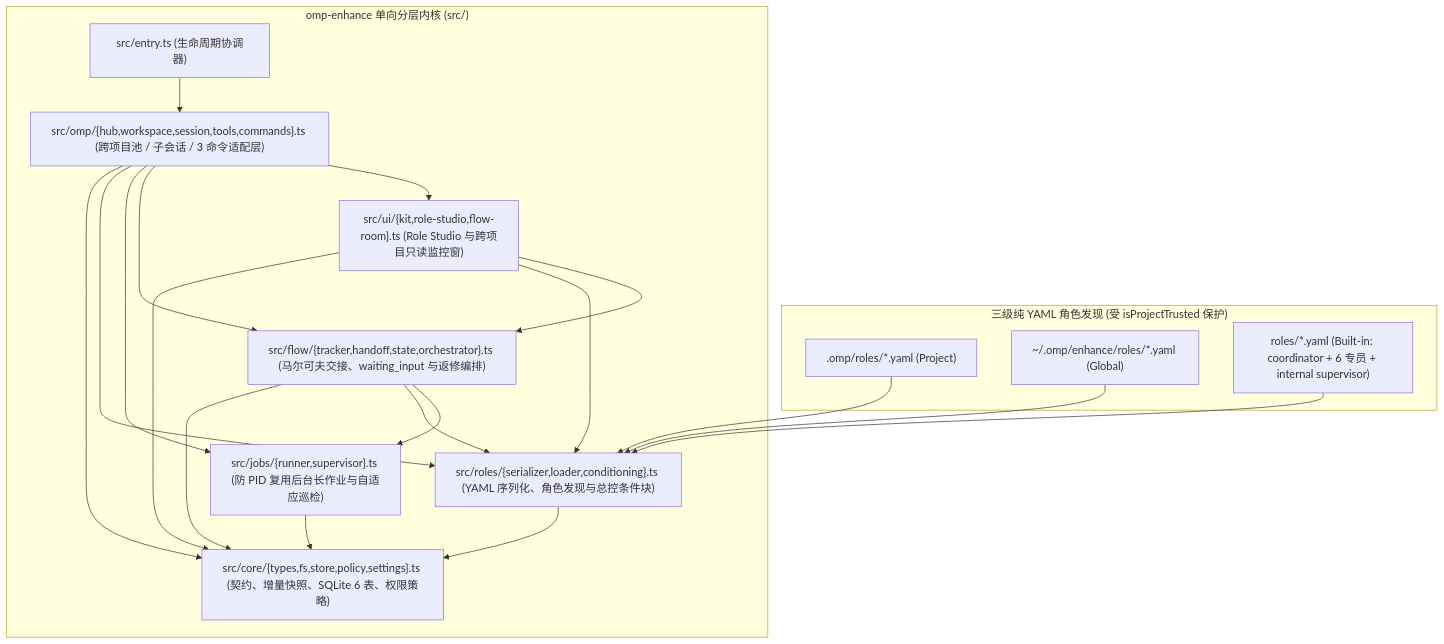
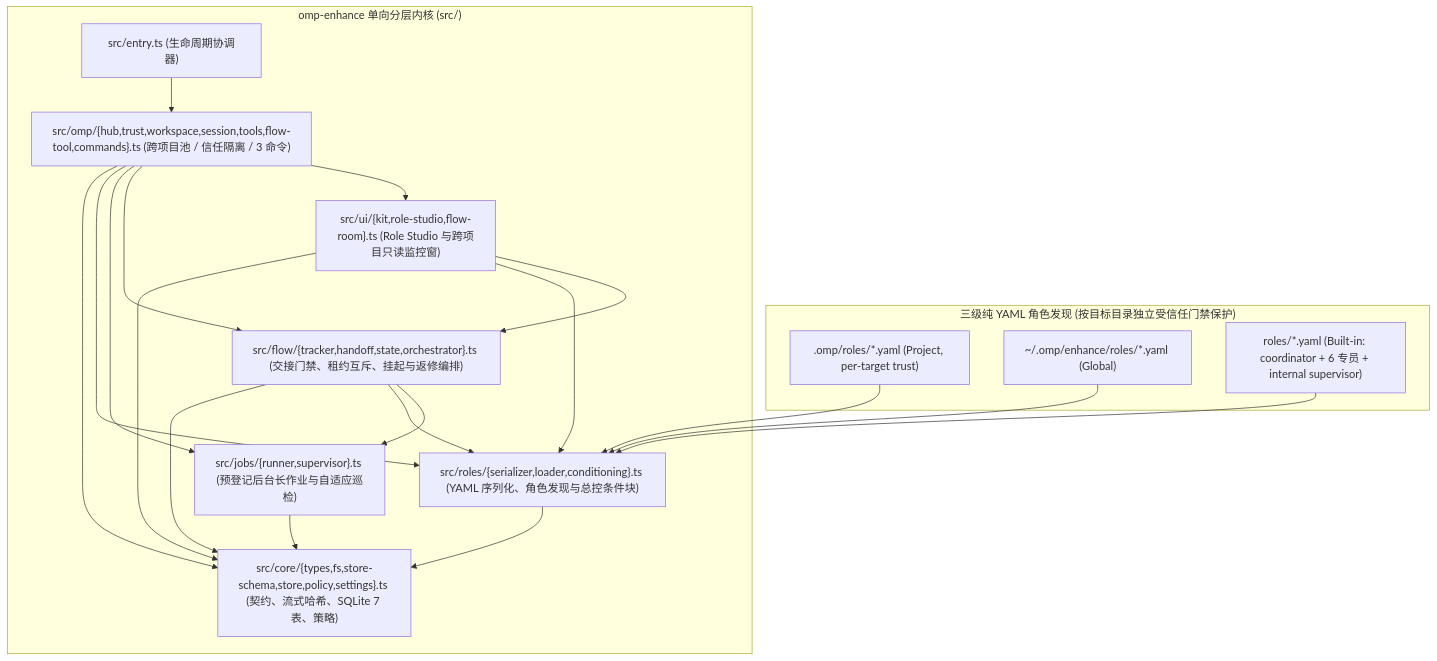
The diagram in docs/architecture.md (HugeKangroo/omp-enhance), drawn with Mermaid before and after one commit. The commit also changed other lines of this file and 33 other files, not shown here.

````diff
--- a/docs/architecture.md
+++ b/docs/architecture.md
@@ -24,36 +26,36 @@
 ```mermaid
 flowchart TB
-    subgraph Discovery["三级纯 YAML 角色发现 (受 isProjectTrusted 保护)"]
-        P[".omp/roles/*.yaml (Project)"]
+    subgraph Discovery["三级纯 YAML 角色发现 (按目标目录独立受信任门禁保护)"]
+        P[".omp/roles/*.yaml (Project, per-target trust)"]
         G["~/.omp/enhance/roles/*.yaml (Global)"]
         B["roles/*.yaml (Built-in: coordinator + 6 专员 + internal supervisor)"]
     end
 
     subgraph Layers["omp-enhance 单向分层内核 (src/)"]
         Entry["src/entry.ts (生命周期协调器)"]
-        OMP["src/omp/{hub,workspace,session,tools,commands}.ts (跨项目池 / 子会话 / 3 命令适配层)"]
+        OMP["src/omp/{hub,trust,workspace,session,tools,flow-tool,commands}.ts (跨项目池 / 信任隔离 / 3 命令)"]
         UI["src/ui/{kit,role-studio,flow-room}.ts (Role Studio 与跨项目只读监控窗)"]
-        Flow["src/flow/{tracker,handoff,state,orchestrator}.ts (马尔可夫交接、waiting_input 与返修编排)"]
-        Jobs["src/jobs/{runner,supervisor}.ts (防 PID 复用后台长作业与自适应巡检)"]
+        Flow["src/flow/{tracker,handoff,state,orchestrator}.ts (交接门禁、租约互斥、挂起与返修编排)"]
+        Jobs["src/jobs/{runner,supervisor}.ts (预登记后台长作业与自适应巡检)"]
         Roles["src/roles/{serializer,loader,conditioning}.ts (YAML 序列化、角色发现与总控条件块)"]
-        Core["src/core/{types,fs,store,policy,settings}.ts (契约、增量快照、SQLite 6 表、权限策略)"]
+        Core["src/core/{types,fs,store-schema,store,policy,settings}.ts (契约、流式哈希、SQLite 7 表、策略)"]
     end
 
     P --> Roles
     G --> Roles
     B --> Roles
     Entry --> OMP
     OMP --> UI
     OMP --> Flow
     OMP --> Jobs
     OMP --> Roles
     OMP --> Core
     UI --> Flow
     UI --> Roles
     UI --> Core
     Flow --> Jobs
     Flow --> Roles
     Flow --> Core
     Jobs --> Core
     Roles --> Core
 ```
````
